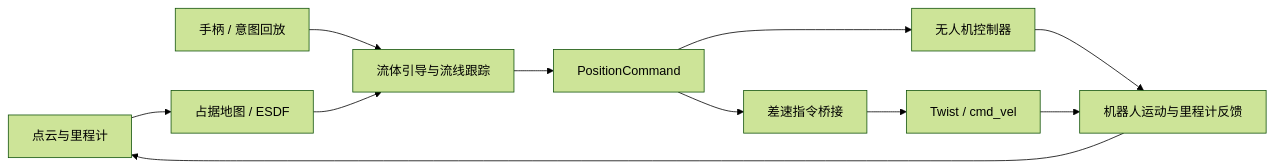
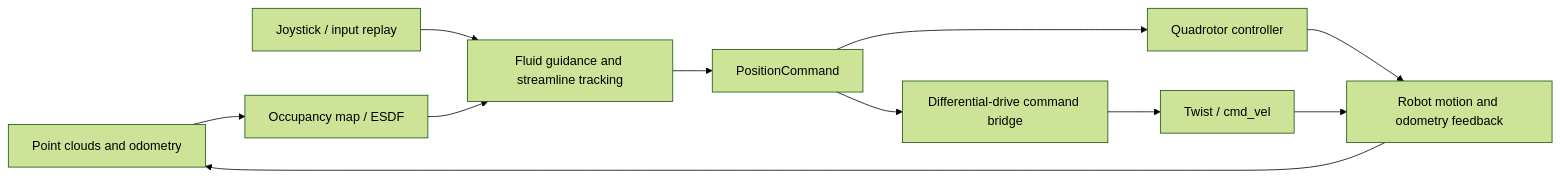
One commit to Chenwill1899/FlowForge changed the diagram in README.md. Above: the diagram before and after it, drawn with Mermaid (forest theme). The commit also changed other lines of this file and 5 other files, not shown here.

````diff
--- a/README.md
+++ b/README.md
@@ -16,13 +18,13 @@
 ```mermaid
 flowchart LR
-    A[点云与里程计] --> B[占据地图 / ESDF]
-    C[手柄 / 意图回放] --> D[流体引导与流线跟踪]
+    A[Point clouds and odometry] --> B[Occupancy map / ESDF]
+    C[Joystick / input replay] --> D[Fluid guidance and streamline tracking]
     B --> D
     D --> E[PositionCommand]
-    E --> F[无人机控制器]
-    E --> G[差速指令桥接]
+    E --> F[Quadrotor controller]
+    E --> G[Differential-drive command bridge]
     G --> H[Twist / cmd_vel]
-    F --> I[机器人运动与里程计反馈]
+    F --> I[Robot motion and odometry feedback]
     H --> I
     I --> A
 ```
````
